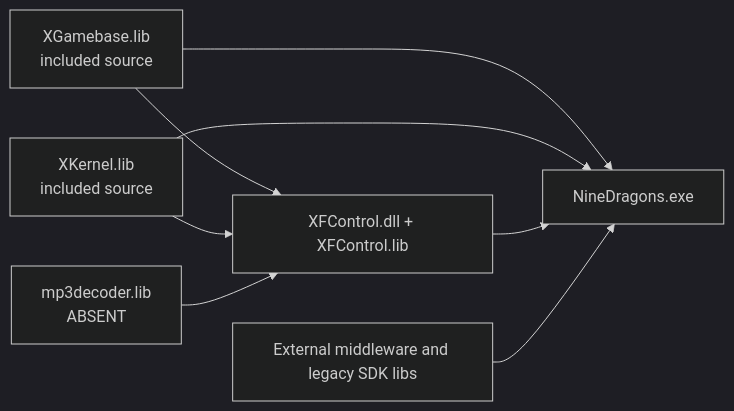
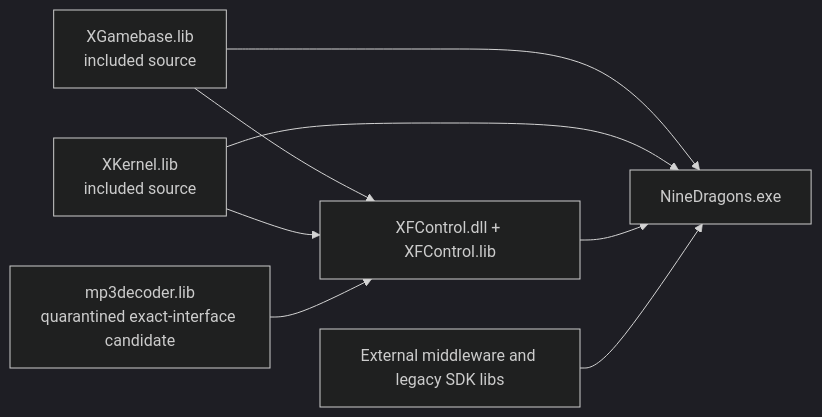
One commit to Jamiex86/9dragons changed the diagram in PLAYER-LINK-ABI-CLOSURE.md. Above: the diagram before and after it, drawn with Mermaid (dark theme). The commit also changed other lines of this file and 1 other file, not shown here.

````diff
--- a/PLAYER-LINK-ABI-CLOSURE.md
+++ b/PLAYER-LINK-ABI-CLOSURE.md
@@ -14,10 +16,10 @@
 ```mermaid
 flowchart LR
   XG["XGamebase.lib<br/>included source"] --> XF["XFControl.dll + XFControl.lib"]
   XK["XKernel.lib<br/>included source"] --> XF
-  MP3["mp3decoder.lib<br/>ABSENT"] --> XF
+  MP3["mp3decoder.lib<br/>quarantined exact-interface candidate"] --> XF
   XG --> APP["NineDragons.exe"]
   XK --> APP
   XF --> APP
   EXT["External middleware and legacy SDK libs"] --> APP
 ```
````
